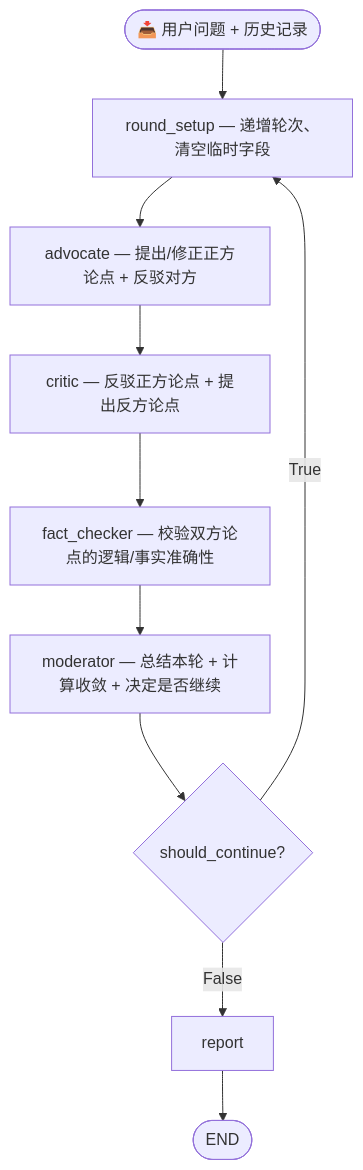
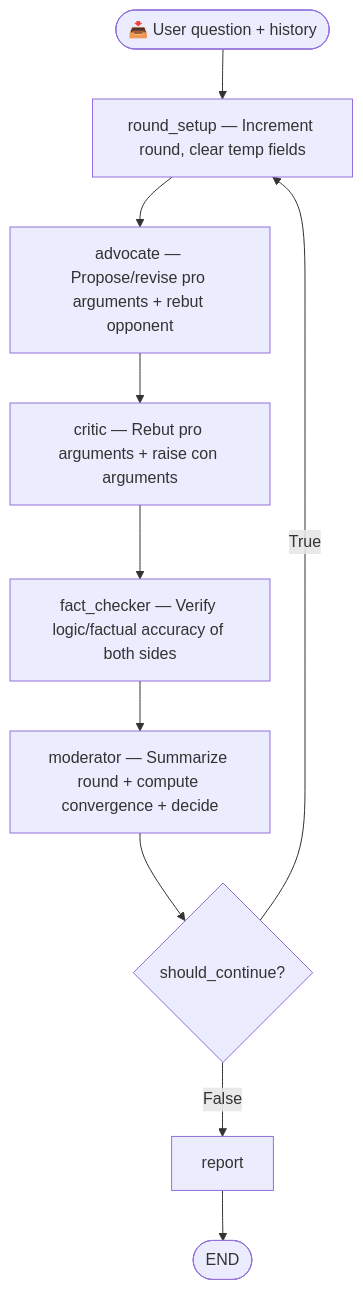
The second of 3 diagrams in README.md (CAgcoder/MaverickJ), drawn with Mermaid before and after one commit. The commit also changed other lines of this file and 30 other files, not shown here.

First line of the commit message:
Refactor output and schema documentation for clarity and consistency

````diff
--- a/README.md
+++ b/README.md
@@ -247,17 +246,17 @@
 ```mermaid
 %%{init: {"flowchart": {"useMaxWidth": true}}}%%
 flowchart TD
-    INPUT(["📥 用户问题 + 历史记录"])
-    S1["round_setup — 递增轮次、清空临时字段"]
-    S2["advocate — 提出/修正正方论点 + 反驳对方"]
-    S3["critic — 反驳正方论点 + 提出反方论点"]
-    S4["fact_checker — 校验双方论点的逻辑/事实准确性"]
-    S5["moderator — 总结本轮 + 计算收敛 + 决定是否继续"]
+    INPUT(["📥 User question + history"])
+    S1["round_setup — Increment round, clear temp fields"]
+    S2["advocate — Propose/revise pro arguments + rebut opponent"]
+    S3["critic — Rebut pro arguments + raise con arguments"]
+    S4["fact_checker — Verify logic/factual accuracy of both sides"]
+    S5["moderator — Summarize round + compute convergence + decide"]
     COND{should_continue?}
     REPORT["report"]
     END([END])
 
     INPUT --> S1 --> S2 --> S3 --> S4 --> S5 --> COND
     COND -->|True| S1
     COND -->|False| REPORT --> END
 ```
````
